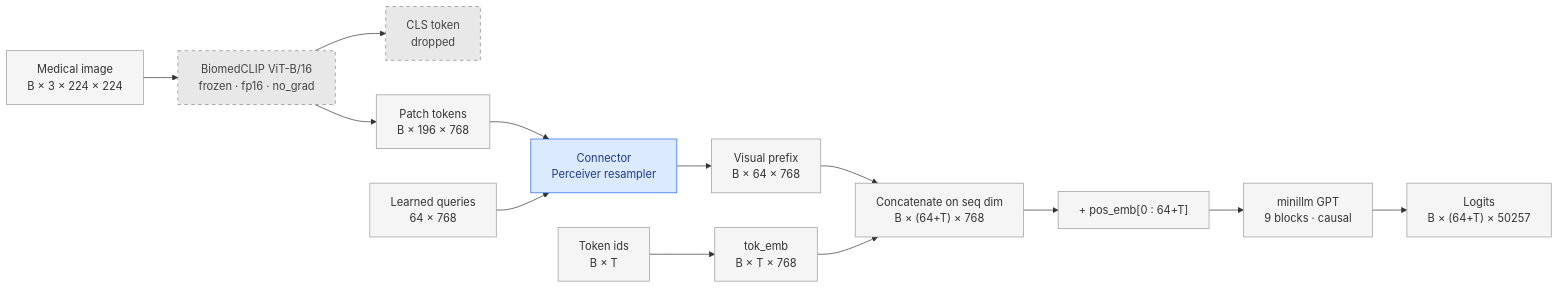
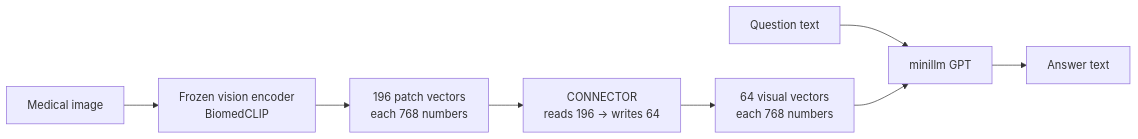
Before and after one commit to AsishKumarDalal/medicalvllm: the first of 9 diagrams in experiment/connector.md, drawn with Mermaid. The commit also changed other lines of this file, not shown here.

Commit message:
Rewrite connector.md: simple Mermaid-first explanation, kept detailed spec

````diff
--- a/experiment/connector.md
+++ b/experiment/connector.md
@@ -28,23 +20,10 @@
 ```mermaid
 flowchart LR
-    IMG["Medical image<br/>B × 3 × 224 × 224"] --> TOWER["BiomedCLIP ViT-B/16<br/>frozen · fp16 · no_grad"]
-    TOWER --> CLS["CLS token<br/>dropped"]
-    TOWER --> PATCH["Patch tokens<br/>B × 196 × 768"]
-    PATCH --> CONN["Connector<br/>Perceiver resampler"]
-    Q["Learned queries<br/>64 × 768"] --> CONN
-    CONN --> PREFIX["Visual prefix<br/>B × 64 × 768"]
-
-    TXT["Token ids<br/>B × T"] --> EMB["tok_emb<br/>B × T × 768"]
-    PREFIX --> CAT["Concatenate on seq dim<br/>B × (64+T) × 768"]
-    EMB --> CAT
-    CAT --> POS["+ pos_emb[0 : 64+T]"]
-    POS --> GPT["minillm GPT<br/>9 blocks · causal"]
-    GPT --> LOGITS["Logits<br/>B × (64+T) × 50257"]
-
-    classDef frozen fill:#e8e8e8,stroke:#888,stroke-dasharray:5 5,color:#444
-    classDef train fill:#dbeafe,stroke:#2563eb,color:#1e3a8a
-    classDef data fill:#f5f5f5,stroke:#999,color:#333
-    class TOWER,CLS frozen
-    class CONN train
-    class IMG,PATCH,Q,PREFIX,TXT,EMB,CAT,POS,GPT,LOGITS data
+    IMG["Medical image"] --> ENC["Frozen vision encoder<br/>BiomedCLIP"]
+    ENC --> P["196 patch vectors<br/>each 768 numbers"]
+    P --> CONN["CONNECTOR<br/>reads 196 → writes 64"]
+    CONN --> V["64 visual vectors<br/>each 768 numbers"]
+    Q["Question text"] --> GPT["minillm GPT"]
+    V --> GPT
+    GPT --> A["Answer text"]
 ```
````
